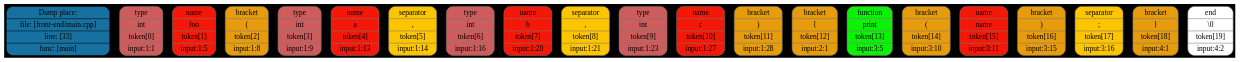
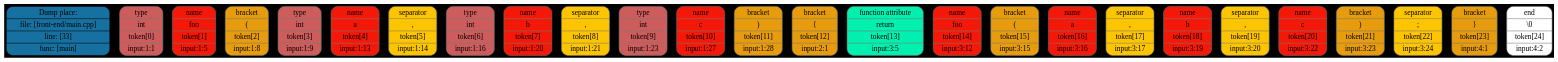
The diagram in dot/tokens/dot/tokens1.dot (Maksim-Sebelev/Language), drawn with Graphviz before and after one commit. The commit also changed 61 other files, not shown here.

```diff
--- a/dot/tokens/dot/tokens1.dot
+++ b/dot/tokens/dot/tokens1.dot
@@ -1,26 +1,31 @@
 digraph G{
 rankdir=TB
 graph [bgcolor="#000000"];
 size = "100 5"
 place[shape=Mrecord, style=filled, fillcolor="#1771a0", pos="0,1!",label = " { Dump place: | file: [front-end/main.cpp] | line: [33] | func: [main] } "color = "#000000"];
 token0[shape=Mrecord, style=filled, fillcolor="#CD5C5C",label = " { type | int |  token[0] |  input:1:1 } ", color = "#777777"];
 token1[shape=Mrecord, style=filled, fillcolor="#f31807",label = " { name | foo |  token[1] |  input:1:5 } ", color = "#777777"];
 token2[shape=Mrecord, style=filled, fillcolor="#e69c0c",label = " { bracket | \( |  token[2] |  input:1:8 } ", color = "#777777"];
 token3[shape=Mrecord, style=filled, fillcolor="#CD5C5C",label = " { type | int |  token[3] |  input:1:9 } ", color = "#777777"];
 token4[shape=Mrecord, style=filled, fillcolor="#f31807",label = " { name | a |  token[4] |  input:1:13 } ", color = "#777777"];
 token5[shape=Mrecord, style=filled, fillcolor="#fdc500",label = " { separator | \, |  token[5] |  input:1:14 } ", color = "#777777"];
 token6[shape=Mrecord, style=filled, fillcolor="#CD5C5C",label = " { type | int |  token[6] |  input:1:16 } ", color = "#777777"];
 token7[shape=Mrecord, style=filled, fillcolor="#f31807",label = " { name | b |  token[7] |  input:1:20 } ", color = "#777777"];
 token8[shape=Mrecord, style=filled, fillcolor="#fdc500",label = " { separator | \, |  token[8] |  input:1:21 } ", color = "#777777"];
 token9[shape=Mrecord, style=filled, fillcolor="#CD5C5C",label = " { type | int |  token[9] |  input:1:23 } ", color = "#777777"];
 token10[shape=Mrecord, style=filled, fillcolor="#f31807",label = " { name | c |  token[10] |  input:1:27 } ", color = "#777777"];
 token11[shape=Mrecord, style=filled, fillcolor="#e69c0c",label = " { bracket | \) |  token[11] |  input:1:28 } ", color = "#777777"];
 token12[shape=Mrecord, style=filled, fillcolor="#e69c0c",label = " { bracket | \{ |  token[12] |  input:2:1 } ", color = "#777777"];
-token13[shape=Mrecord, style=filled, fillcolor="#0cf108",label = " { function | print |  token[13] |  input:3:5 } ", color = "#777777"];
-token14[shape=Mrecord, style=filled, fillcolor="#e69c0c",label = " { bracket | \( |  token[14] |  input:3:10 } ", color = "#777777"];
-token15[shape=Mrecord, style=filled, fillcolor="#f31807",label = " { name | name |  token[15] |  input:3:11 } ", color = "#777777"];
-token16[shape=Mrecord, style=filled, fillcolor="#e69c0c",label = " { bracket | \) |  token[16] |  input:3:15 } ", color = "#777777"];
-token17[shape=Mrecord, style=filled, fillcolor="#fdc500",label = " { separator | \; |  token[17] |  input:3:16 } ", color = "#777777"];
-token18[shape=Mrecord, style=filled, fillcolor="#e69c0c",label = " { bracket | \} |  token[18] |  input:4:1 } ", color = "#777777"];
-token19[shape=Mrecord, style=filled, fillcolor="#ffffff",label = " { end | \\0 |  token[19] |  input:4:2 } ", color = "#777777"];
+token13[shape=Mrecord, style=filled, fillcolor="#01f0af",label = " { function attribute | return |  token[13] |  input:3:5 } ", color = "#777777"];
+token14[shape=Mrecord, style=filled, fillcolor="#f31807",label = " { name | foo |  token[14] |  input:3:12 } ", color = "#777777"];
+token15[shape=Mrecord, style=filled, fillcolor="#e69c0c",label = " { bracket | \( |  token[15] |  input:3:15 } ", color = "#777777"];
+token16[shape=Mrecord, style=filled, fillcolor="#f31807",label = " { name | a |  token[16] |  input:3:16 } ", color = "#777777"];
+token17[shape=Mrecord, style=filled, fillcolor="#fdc500",label = " { separator | \, |  token[17] |  input:3:17 } ", color = "#777777"];
+token18[shape=Mrecord, style=filled, fillcolor="#f31807",label = " { name | b |  token[18] |  input:3:19 } ", color = "#777777"];
+token19[shape=Mrecord, style=filled, fillcolor="#fdc500",label = " { separator | \, |  token[19] |  input:3:20 } ", color = "#777777"];
+token20[shape=Mrecord, style=filled, fillcolor="#f31807",label = " { name | c |  token[20] |  input:3:22 } ", color = "#777777"];
+token21[shape=Mrecord, style=filled, fillcolor="#e69c0c",label = " { bracket | \) |  token[21] |  input:3:23 } ", color = "#777777"];
+token22[shape=Mrecord, style=filled, fillcolor="#fdc500",label = " { separator | \; |  token[22] |  input:3:24 } ", color = "#777777"];
+token23[shape=Mrecord, style=filled, fillcolor="#e69c0c",label = " { bracket | \} |  token[23] |  input:4:1 } ", color = "#777777"];
+token24[shape=Mrecord, style=filled, fillcolor="#ffffff",label = " { end | \\0 |  token[24] |  input:4:2 } ", color = "#777777"];
 }
```
